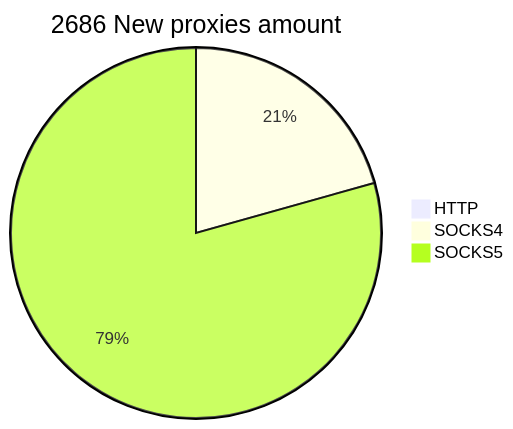
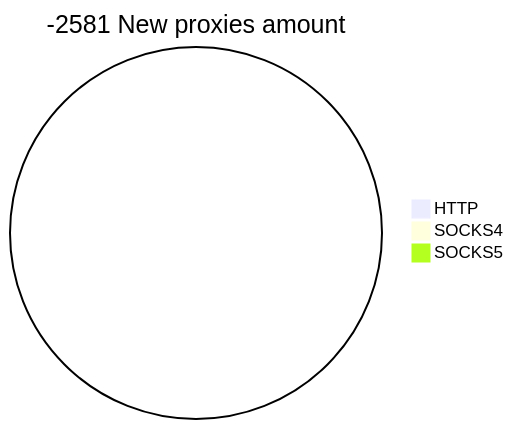
One commit to cutipu/proxylist changed the second of 2 diagrams in README.md. Above: the diagram before and after it, drawn with Mermaid. The commit also changed other lines of this file, not shown here.

````diff
--- a/README.md
+++ b/README.md
@@ -10,6 +10,6 @@
 ```mermaid
-pie title 2686 New proxies amount
+pie title -2581 New proxies amount
     "HTTP" : 0
-    "SOCKS4" : 630
-    "SOCKS5" : 2421
+    "SOCKS4" : 0
+    "SOCKS5" : 0
 ```
````
